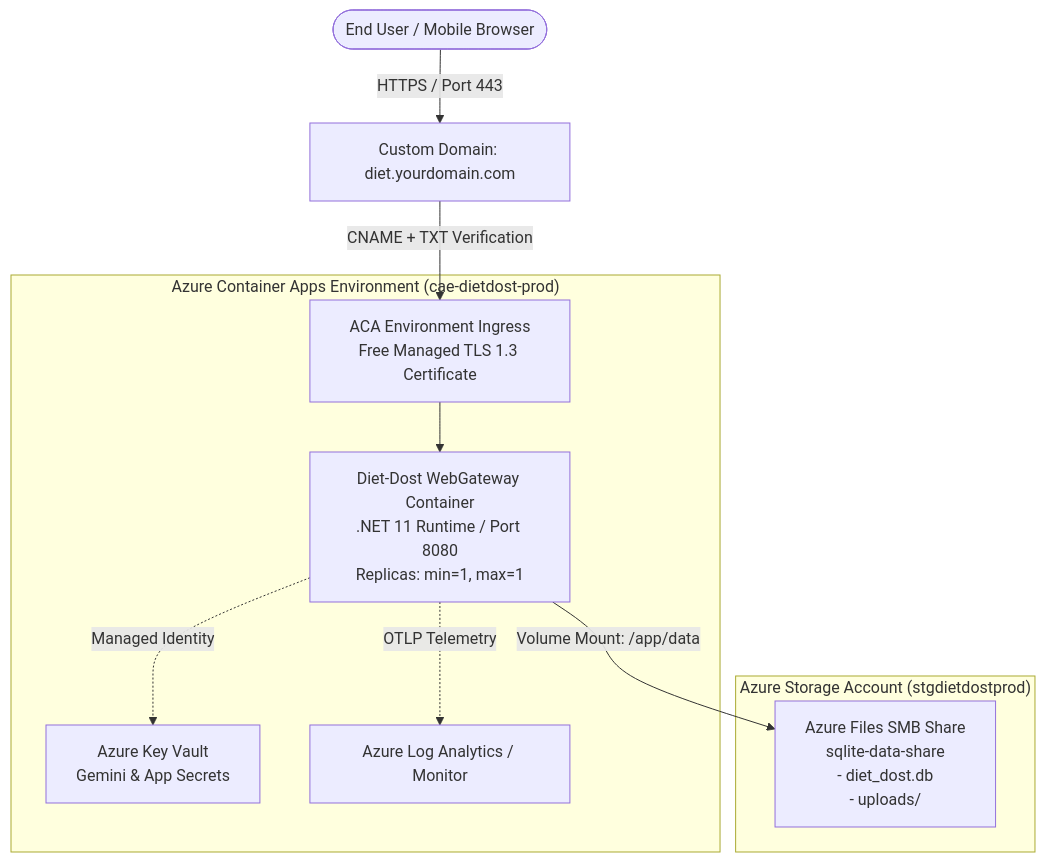
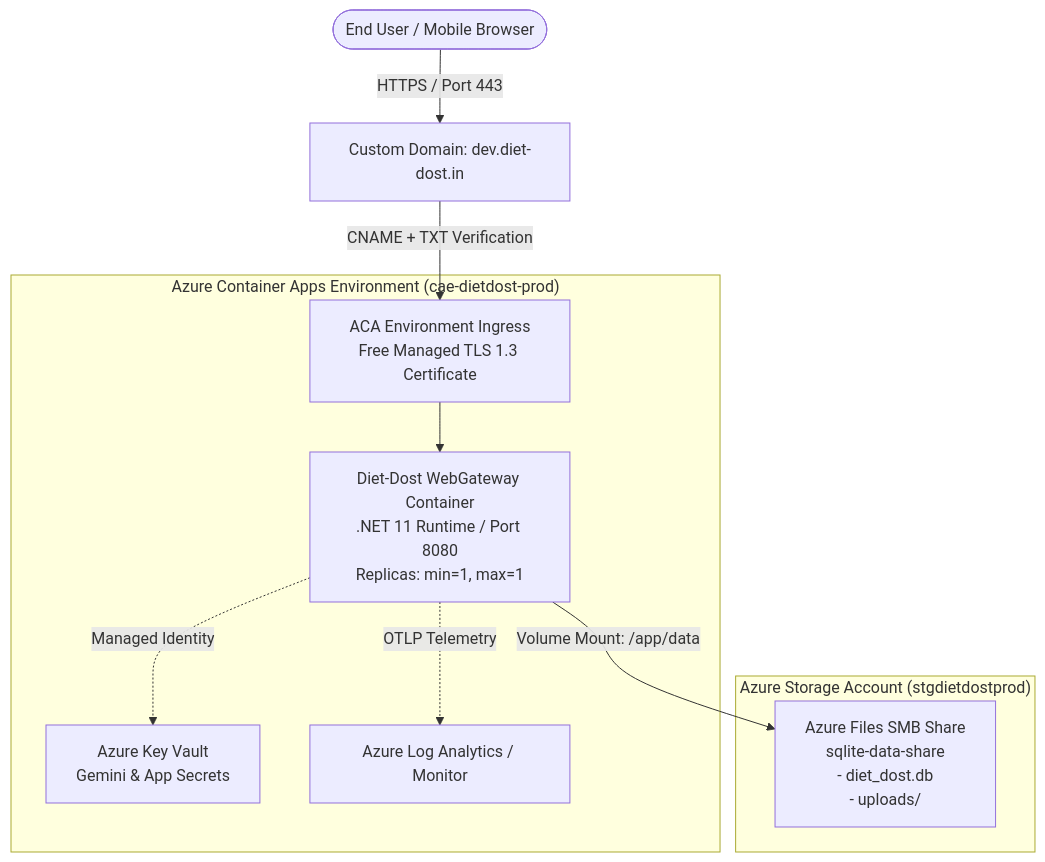
One commit to nikunjbanker/diet-dost changed the diagram in .agents/skills/diet-dost-azure-deployment/SKILL.md. Above: the diagram before and after it, drawn with Mermaid. The commit also changed other lines of this file and 13 other files, not shown here.

````diff
--- a/.agents/skills/diet-dost-azure-deployment/SKILL.md
+++ b/.agents/skills/diet-dost-azure-deployment/SKILL.md
@@ -98,16 +98,16 @@
 ```mermaid
 graph TD
-    User([End User / Mobile Browser]) -->|HTTPS / Port 443| Domain[Custom Domain: diet.yourdomain.com]
+    User([End User / Mobile Browser]) -->|HTTPS / Port 443| Domain[Custom Domain: dev.diet-dost.in]
     Domain -->|CNAME + TXT Verification| ACA_Ingress[ACA Environment Ingress<br/>Free Managed TLS 1.3 Certificate]
     
     subgraph ACA_Perimeter ["Azure Container Apps Environment (cae-dietdost-prod)"]
         ACA_Ingress --> AppContainer[Diet-Dost WebGateway Container<br/>.NET 11 Runtime / Port 8080<br/>Replicas: min=1, max=1]
         
         AppContainer -.->|Managed Identity| KV[Azure Key Vault<br/>Gemini & App Secrets]
         AppContainer -.->|OTLP Telemetry| AppInsights[Azure Log Analytics / Monitor]
     end
     
     subgraph Azure_Storage ["Azure Storage Account (stgdietdostprod)"]
         AppContainer -->|Volume Mount: /app/data| FileShare[Azure Files SMB Share<br/>sqlite-data-share<br/>- diet_dost.db<br/>- uploads/]
     end
 ```
````
